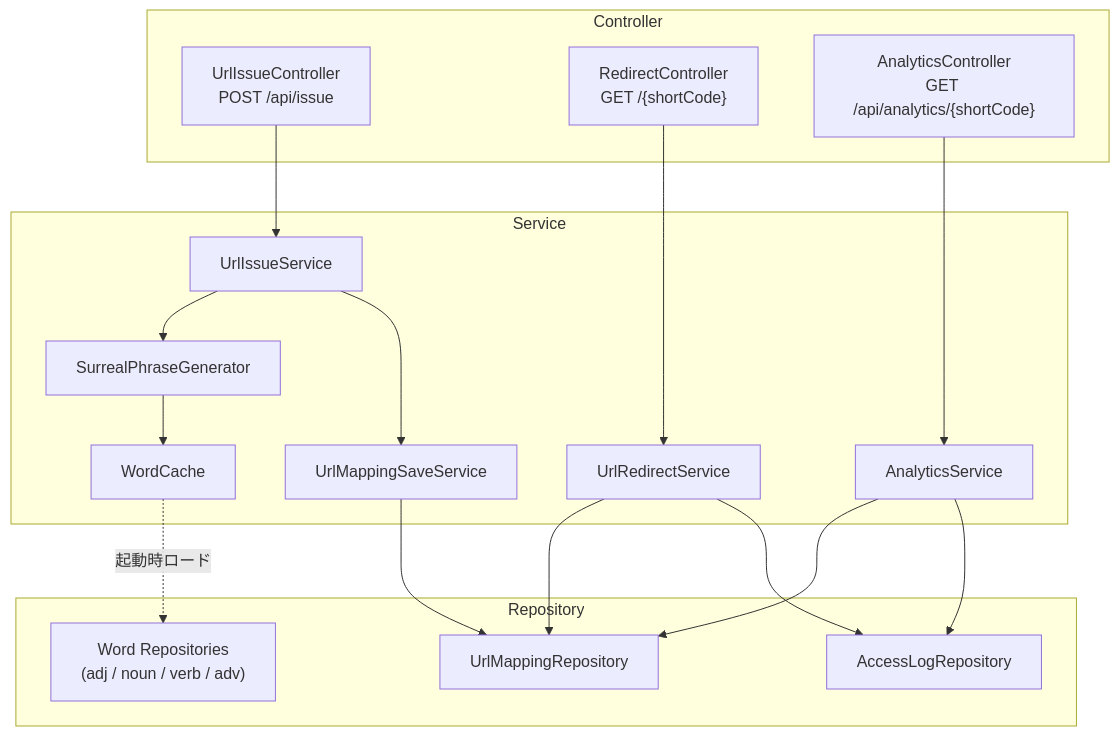
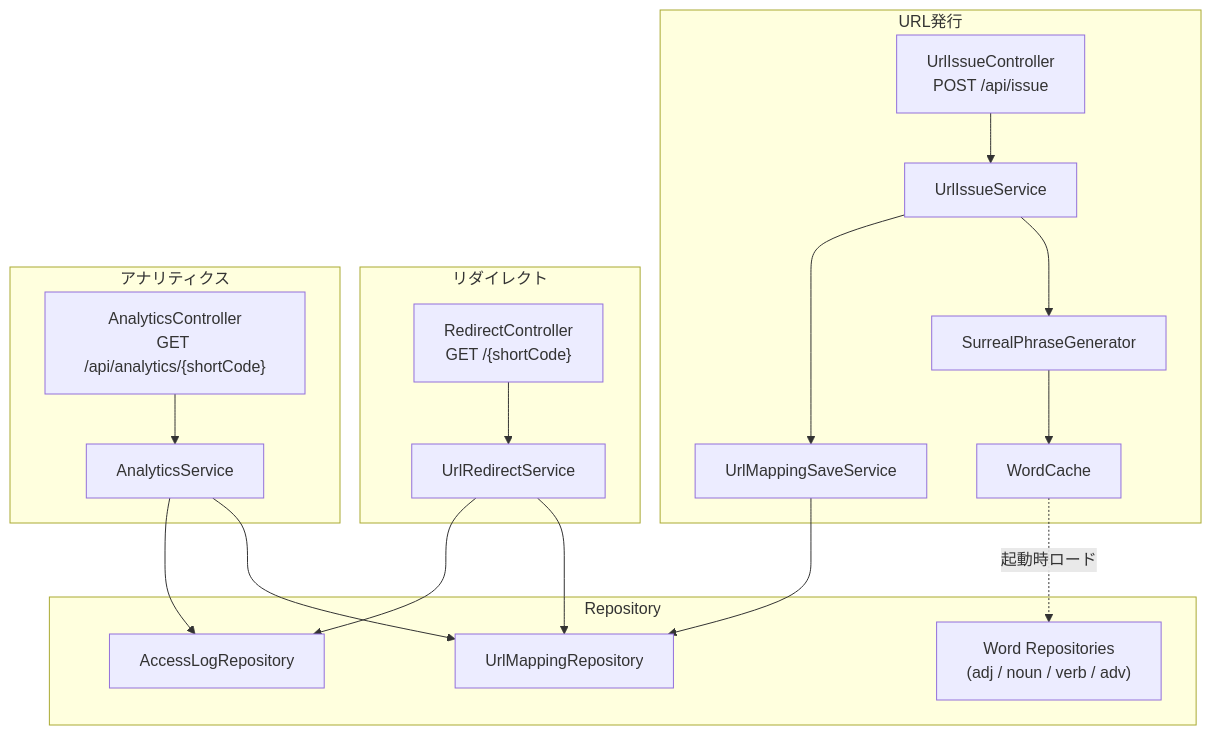
Before and after one commit to endomasayaendo/oddlink: the second of 2 diagrams in README.md, drawn with Mermaid.

Commit message:
fixed readme architecture

````diff
--- a/README.md
+++ b/README.md
@@ -78,38 +78,30 @@
 ```mermaid
 graph TD
-    subgraph Controller
-        IC["UrlIssueController<br/>POST /api/issue"]
-        RC["RedirectController<br/>GET /{shortCode}"]
-        AC["AnalyticsController<br/>GET /api/analytics/{shortCode}"]
+    subgraph Issue["URL発行"]
+        IC["UrlIssueController<br/>POST /api/issue"] --> IS[UrlIssueService]
+        IS --> SPG[SurrealPhraseGenerator]
+        SPG --> WC[WordCache]
+        IS --> MSS[UrlMappingSaveService]
     end
 
-    subgraph Service
-        IS[UrlIssueService]
-        SPG[SurrealPhraseGenerator]
-        WC[WordCache]
-        MSS[UrlMappingSaveService]
-        RS[UrlRedirectService]
-        AS[AnalyticsService]
+    subgraph Redirect["リダイレクト"]
+        RC["RedirectController<br/>GET /{shortCode}"] --> RS[UrlRedirectService]
+    end
+
+    subgraph Analytics["アナリティクス"]
+        AC["AnalyticsController<br/>GET /api/analytics/{shortCode}"] --> AS[AnalyticsService]
     end
 
     subgraph Repository
         UMR[UrlMappingRepository]
         ALR[AccessLogRepository]
         WR["Word Repositories<br/>(adj / noun / verb / adv)"]
     end
 
-    IC --> IS
-    IS --> SPG
-    SPG --> WC
+    MSS --> UMR
     WC -.->|"起動時ロード"| WR
-    IS --> MSS
-    MSS --> UMR
-
-    RC --> RS
     RS --> UMR
     RS --> ALR
-
-    AC --> AS
     AS --> UMR
     AS --> ALR
 ```
````
